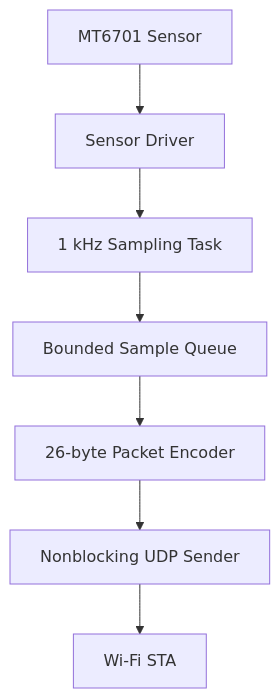
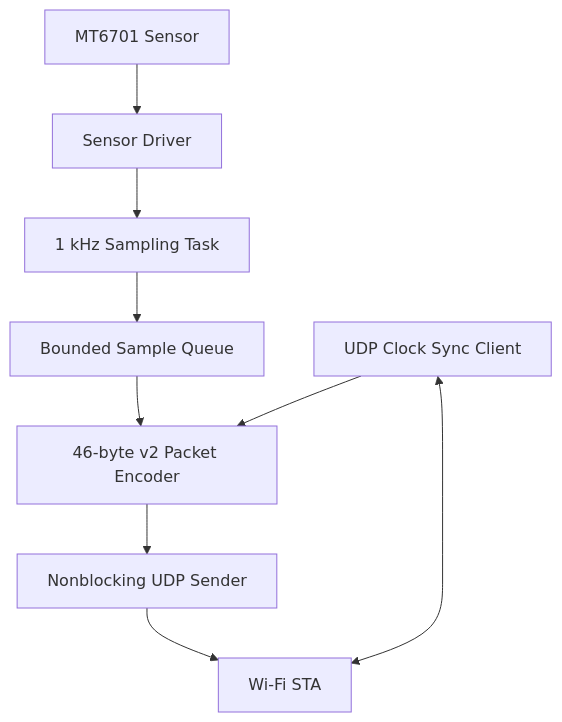
The second of 4 diagrams in docs/architecture.md (Neko-vecter/inverted-pendulum-sensor), drawn with Mermaid before and after one commit. The commit also changed other lines of this file and 9 other files, not shown here.

````diff
--- a/docs/architecture.md
+++ b/docs/architecture.md
@@ -46,17 +52,20 @@
 ```mermaid
 flowchart TD
     Sensor["MT6701 Sensor"]
     Driver["Sensor Driver"]
     Sampler["1 kHz Sampling Task"]
     Queue["Bounded Sample Queue"]
-    Encoder["26-byte Packet Encoder"]
+    Encoder["46-byte v2 Packet Encoder"]
     Sender["Nonblocking UDP Sender"]
+    Sync["UDP Clock Sync Client"]
     WiFi["Wi-Fi STA"]
 
     Sensor --> Driver
     Driver --> Sampler
     Sampler --> Queue
     Queue --> Encoder
     Encoder --> Sender
     Sender --> WiFi
+    Sync <--> WiFi
+    Sync --> Encoder
 ```
````
